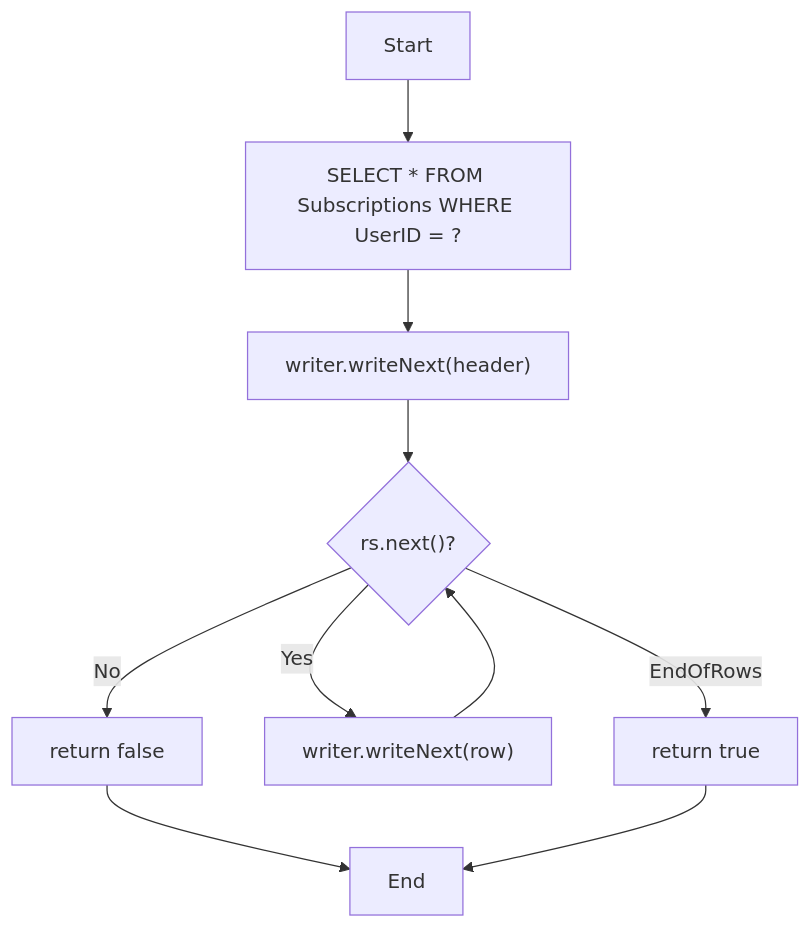
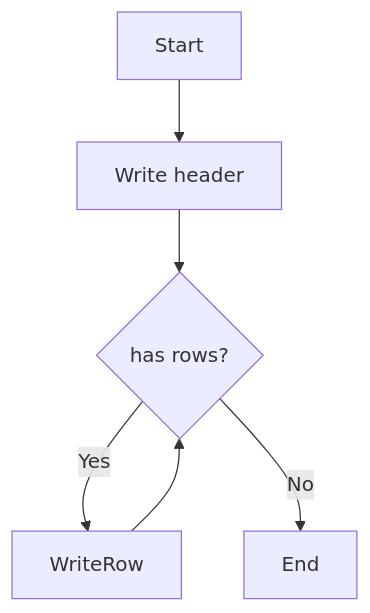
The sixth of 12 diagrams in TESTING.md (HashirOwais/NextPay-Subscription_Simplifed), drawn with Mermaid before and after one commit. The commit also changed other lines of this file and 2 other files, not shown here.

````diff
--- a/TESTING.md
+++ b/TESTING.md
@@ -34,13 +163,7 @@
 ```mermaid
 flowchart TD
-  Start --> Query["SELECT * FROM Subscriptions WHERE UserID = ?"]
-  Query --> WriteHeader["writer.writeNext(header)"]
-  WriteHeader --> Loop{"rs.next()?"}
-  Loop -- No --> ReturnFalse["return false"]
-  ReturnFalse --> End
-  Loop -- Yes --> WriteRow["writer.writeNext(row)"]
-  WriteRow --> Loop
-  Loop -- EndOfRows --> ReturnTrue["return true"]
-  ReturnTrue --> End
-
+  Start --> Header[Write header]
+  Header --> Loop{has rows?}
+  Loop -- Yes --> WriteRow --> Loop
+  Loop -- No --> End
 ```
````
